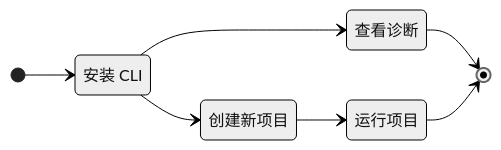
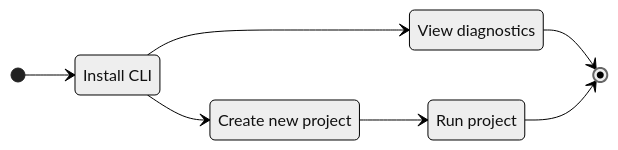
The diagram in docs/zh_HK/getting-started.md (gowebly/docs), drawn with Mermaid (neutral theme) before and after one commit. The commit also changed other lines of this file and 39 other files, not shown here.

````diff
--- a/docs/zh_HK/getting-started.md
+++ b/docs/zh_HK/getting-started.md
@@ -18,14 +18,14 @@
 ```mermaid
 stateDiagram-v2
     direction LR
-        Install: 安装 CLI
-        Doctor: 查看诊断
-        Create: 创建新项目
-        Run: 运行项目
+        Install: Install CLI
+        Doctor: View diagnostics
+        Create: Create new project
+        Run: Run project
         [*] --> Install
         Install --> Create
         Install --> Doctor
         Doctor --> [*]
         Create --> Run
         Run --> [*]
 ```
````
